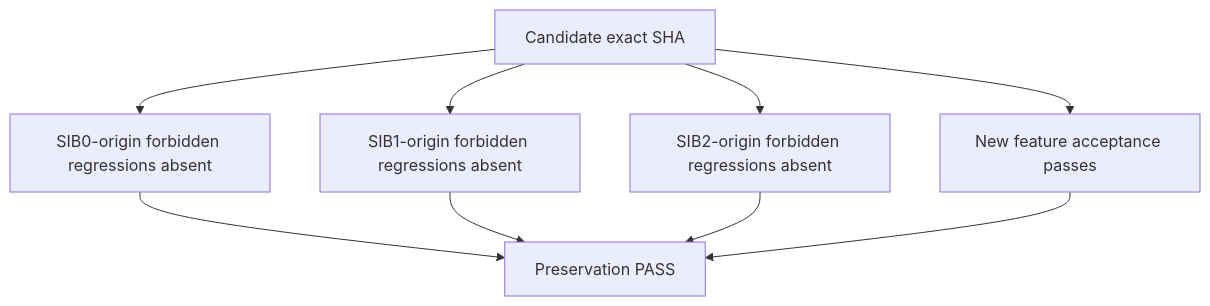
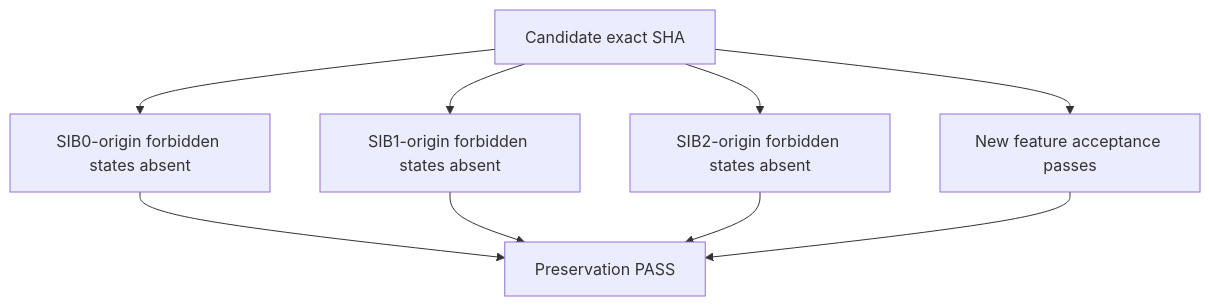
Before and after one commit to DassaultFalconKing/CodeSleuth: the seventh of 7 diagrams in docs/PROTECTED-CAPABILITY-CONTRACTS.md, drawn with Mermaid. The commit also changed other lines of this file and 2 other files, not shown here.

Commit message:
docs: make forbidden regressions contract-owned from creation

````diff
--- a/docs/PROTECTED-CAPABILITY-CONTRACTS.md
+++ b/docs/PROTECTED-CAPABILITY-CONTRACTS.md
@@ -256,11 +249,11 @@
 ```mermaid
 flowchart TD
-    CANDIDATE[Candidate exact SHA] --> S0[SIB0-origin forbidden regressions absent]
-    CANDIDATE --> S1[SIB1-origin forbidden regressions absent]
-    CANDIDATE --> S2[SIB2-origin forbidden regressions absent]
+    CANDIDATE[Candidate exact SHA] --> S0[SIB0-origin forbidden states absent]
+    CANDIDATE --> S1[SIB1-origin forbidden states absent]
+    CANDIDATE --> S2[SIB2-origin forbidden states absent]
     CANDIDATE --> NF[New feature acceptance passes]
     S0 --> PASS[Preservation PASS]
     S1 --> PASS
     S2 --> PASS
     NF --> PASS
 ```
````
